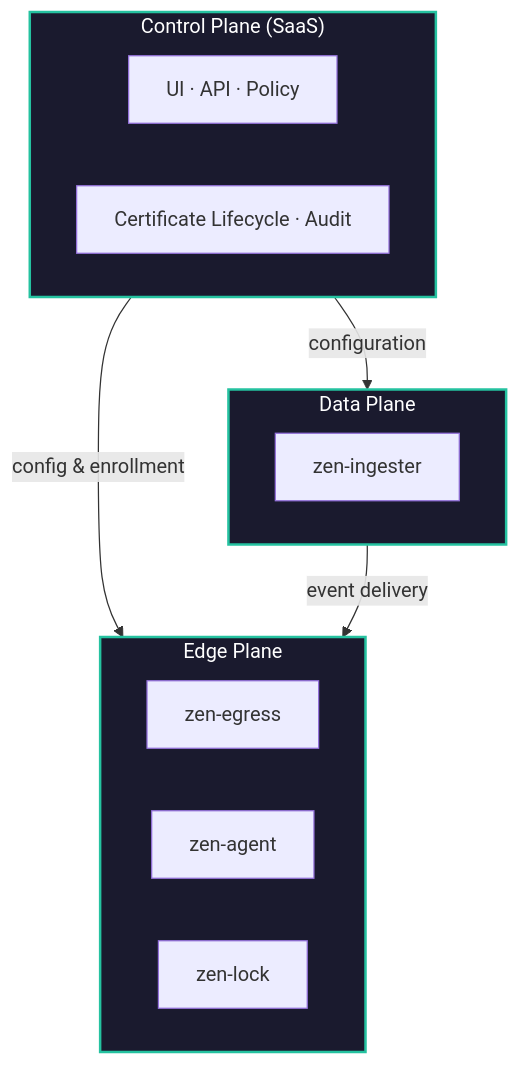
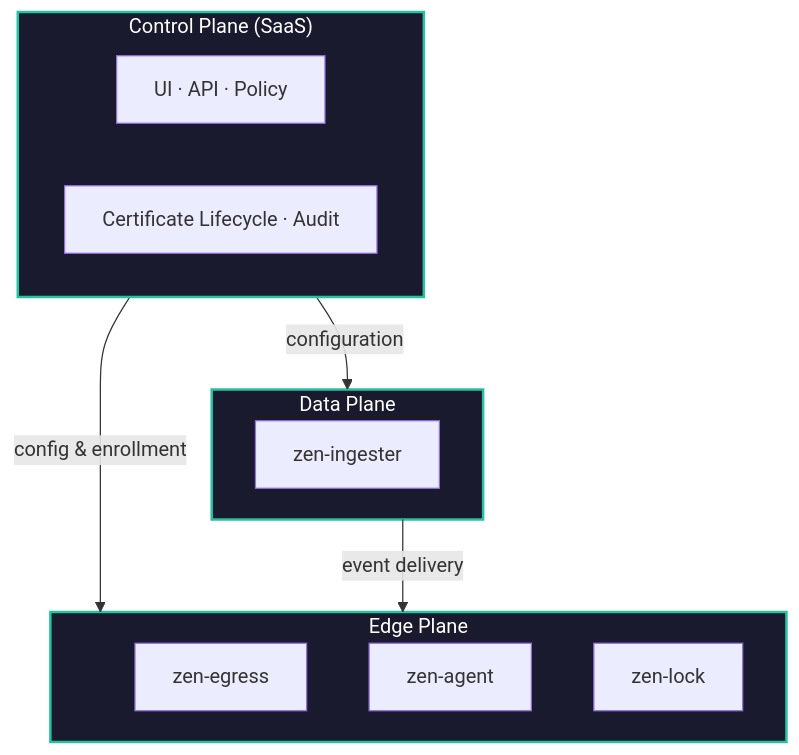
One commit to zenmesh/docs changed the diagram in docs/architecture/overview.md. Above: the diagram before and after it, drawn with Mermaid.

Commit message:
fix diagram: force data+edge side by side at bottom with invisible link

````diff
--- a/docs/architecture/overview.md
+++ b/docs/architecture/overview.md
@@ -11,27 +11,27 @@
 ```mermaid
-graph TD
+flowchart TD
     subgraph CP["Control Plane (SaaS)"]
-        direction LR
         UI["UI · API · Policy"]
         CERT["Certificate Lifecycle · Audit"]
     end
 
     subgraph DP["Data Plane"]
         ING["zen-ingester"]
     end
 
     subgraph EP["Edge Plane"]
-        direction LR
         EGR["zen-egress"]
         AGT["zen-agent"]
         LCK["zen-lock"]
     end
 
     CP -->|"config & enrollment"| EP
     CP -->|"configuration"| DP
     DP -->|"event delivery"| EP
 
+    ING ~~~ EGR
+
     style CP fill:#1a1a2e,stroke:#25c2a0,stroke-width:2px,color:#fff
     style DP fill:#1a1a2e,stroke:#25c2a0,stroke-width:2px,color:#fff
     style EP fill:#1a1a2e,stroke:#25c2a0,stroke-width:2px,color:#fff
 ```
````
